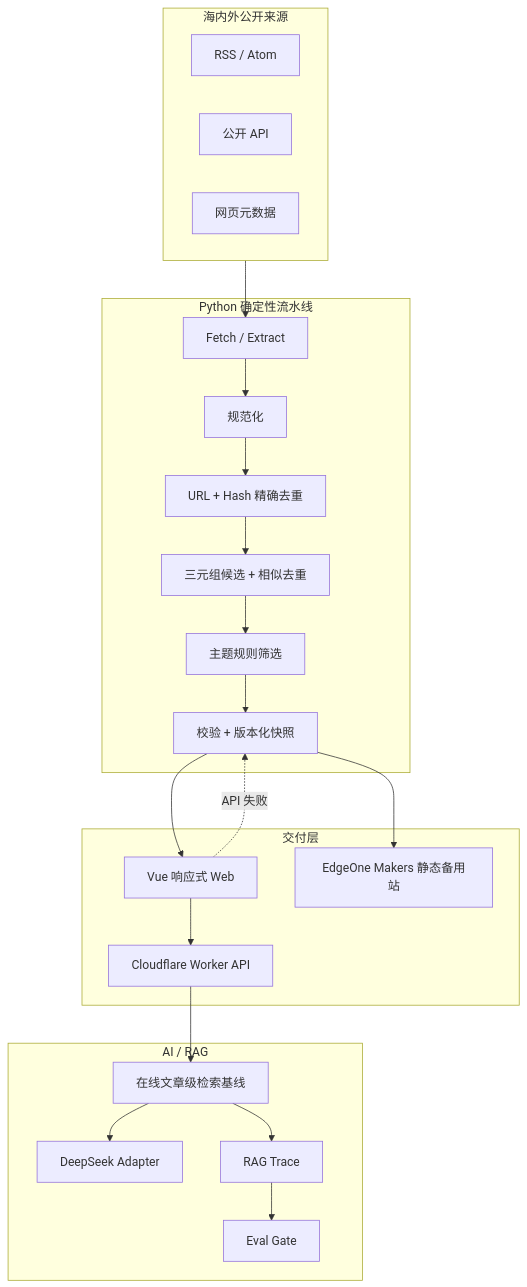
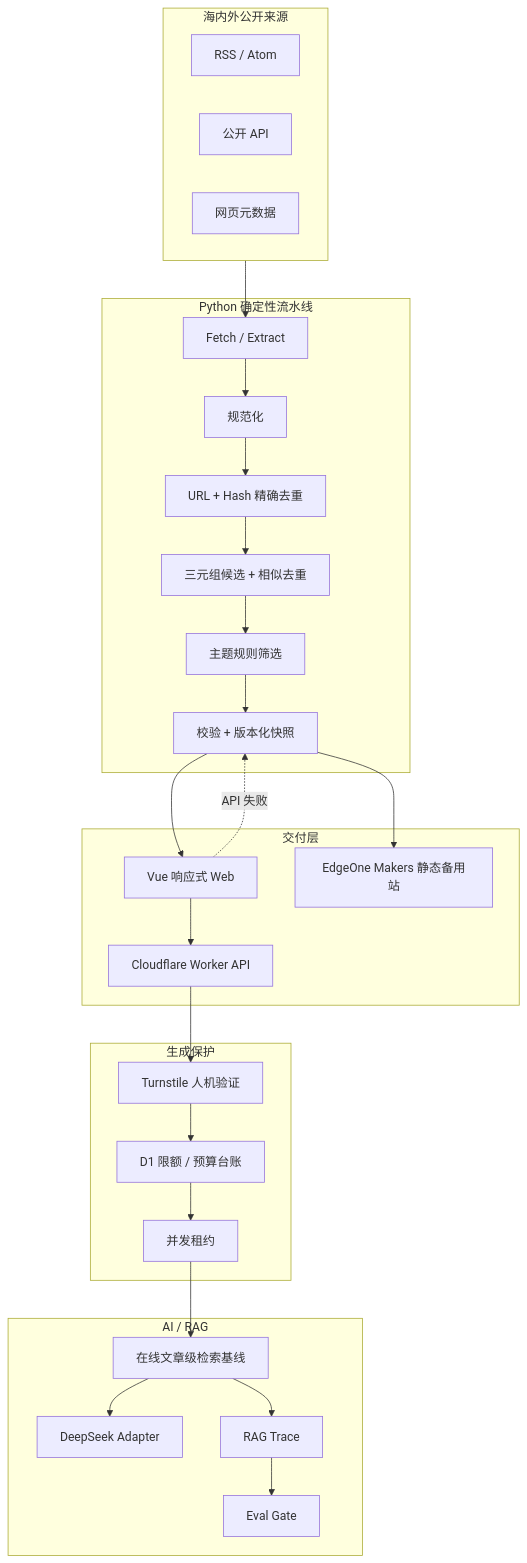
One commit to Dyj0926D/newseviday changed the diagram in docs/工程架构说明.md. Above: the diagram before and after it, drawn with Mermaid. The commit also changed other lines of this file and 41 other files, not shown here.

````diff
--- a/docs/工程架构说明.md
+++ b/docs/工程架构说明.md
@@ -13,38 +13,44 @@
 ```mermaid
 flowchart TB
     subgraph Sources["海内外公开来源"]
       RSS["RSS / Atom"]
       API["公开 API"]
       WEB["网页元数据"]
     end
 
     subgraph Offline["Python 确定性流水线"]
       Fetch["Fetch / Extract"]
       Norm["规范化"]
       Exact["URL + Hash 精确去重"]
       Fuzzy["三元组候选 + 相似去重"]
       Select["主题规则筛选"]
       Snap["校验 + 版本化快照"]
     end
 
     subgraph Delivery["交付层"]
       Vue["Vue 响应式 Web"]
       Worker["Cloudflare Worker API"]
       Edge["EdgeOne Makers 静态备用站"]
     end
 
     subgraph AI["AI / RAG"]
       Adapter["DeepSeek Adapter"]
       Retrieve["在线文章级检索基线"]
       Trace["RAG Trace"]
       Eval["Eval Gate"]
     end
 
+    subgraph Guardrails["生成保护"]
+      Turnstile["Turnstile 人机验证"]
+      D1["D1 限额 / 预算台账"]
+      Lease["并发租约"]
+    end
+
     Sources --> Fetch --> Norm --> Exact --> Fuzzy --> Select --> Snap
     Snap --> Vue
     Vue --> Worker
     Vue -. "API 失败" .-> Snap
     Snap --> Edge
-    Worker --> Retrieve --> Adapter
+    Worker --> Turnstile --> D1 --> Lease --> Retrieve --> Adapter
     Retrieve --> Trace --> Eval
 ```
````
